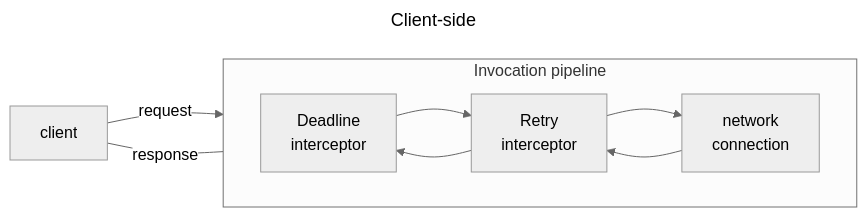
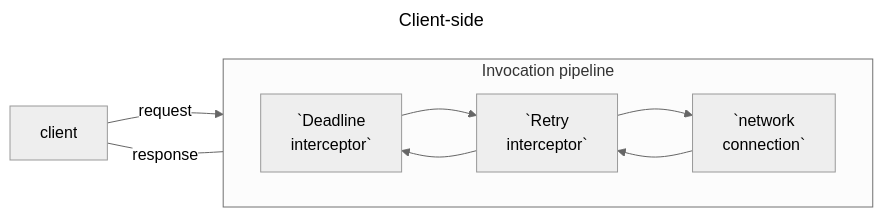
The first of 2 diagrams in README.md (icerpc/icerpc-csharp), drawn with Mermaid (neutral theme) before and after one commit. The commit also changed other lines of this file, not shown here.

Commit message:
Fix newline in mermaid diagrams

````diff
--- a/README.md
+++ b/README.md
@@ -80,12 +80,12 @@
 ```mermaid
 ---
 title: Client-side
 ---
 flowchart LR
     subgraph pipeline[Invocation pipeline]
         direction LR
-        di[Deadline\ninterceptor] --> ri[Retry\ninterceptor] --> connection[network\nconnection] --> ri --> di
+        di[`Deadline\ninterceptor`] --> ri[`Retry\ninterceptor`] --> connection[`network\nconnection`] --> ri --> di
     end
     client -- request --> di
     client -- response --- di
 ```
````
